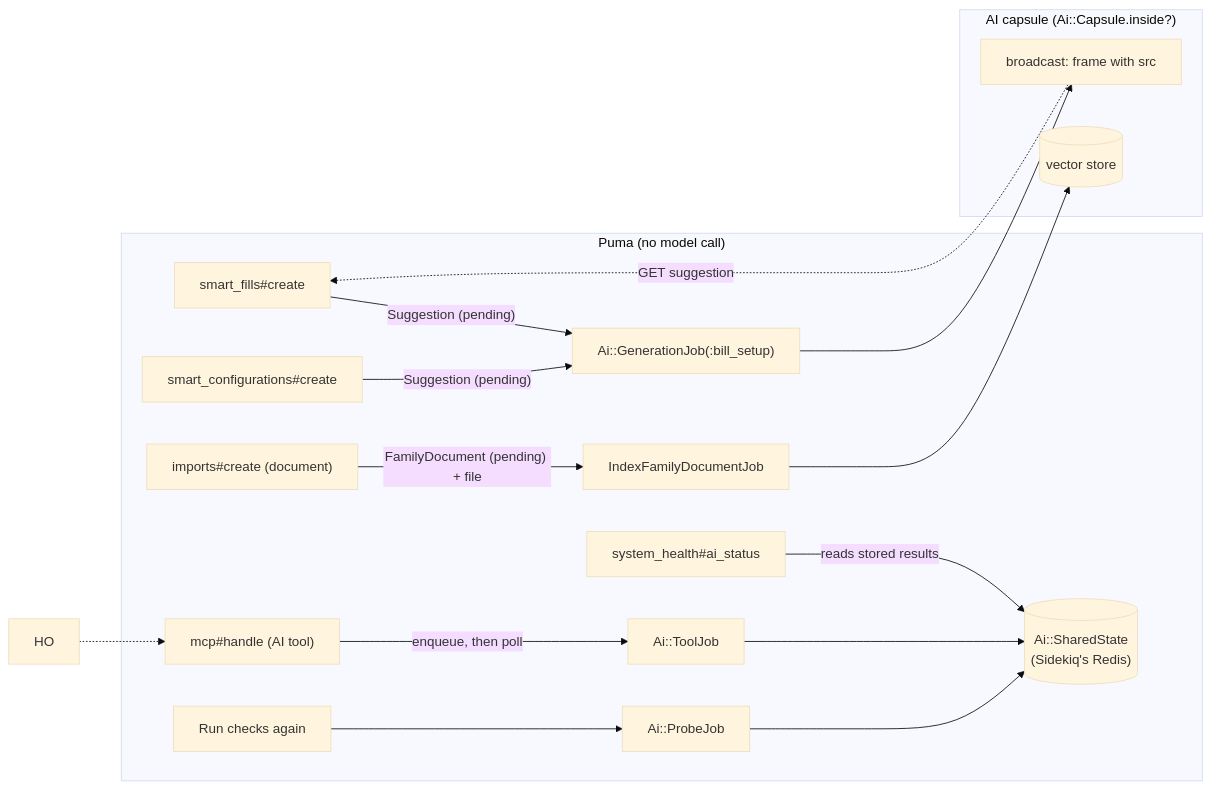
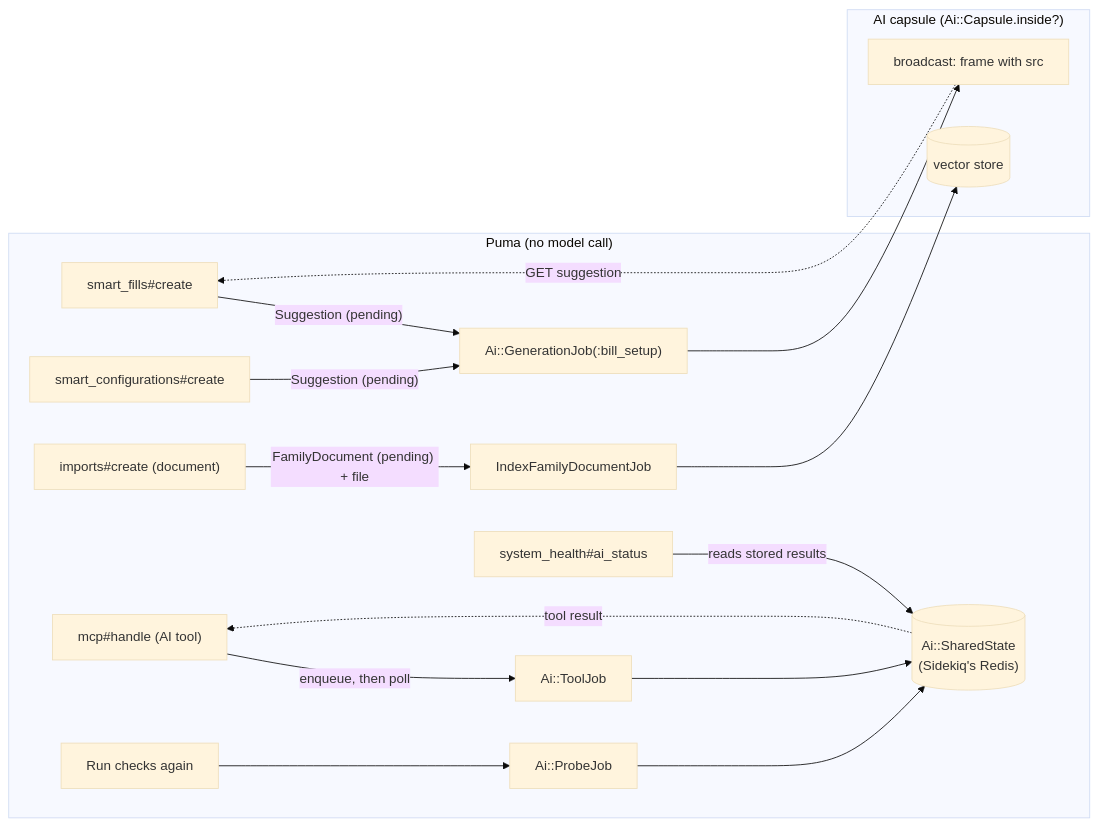
One commit to we-promise/sure changed the first of 2 diagrams in docs/proposals/v0.8/pr-3-off-the-web-thread.md. Above: the diagram before and after it, drawn with Mermaid (base theme). The commit also changed other lines of this file and 2 other files, not shown here.

````diff
--- a/docs/proposals/v0.8/pr-3-off-the-web-thread.md
+++ b/docs/proposals/v0.8/pr-3-off-the-web-thread.md
@@ -147,19 +170,19 @@
 ```mermaid
 flowchart LR
   subgraph Web["Puma (no model call)"]
     SF["smart_fills#create"] -->|"Suggestion (pending)"| GJ
     SC["smart_configurations#create"] -->|"Suggestion (pending)"| GJ
     DU["imports#create (document)"] -->|"FamilyDocument (pending) + file"| IJ
     MCP["mcp#handle (AI tool)"] -->|enqueue, then poll| TJ
     HP["system_health#ai_status"] -->|reads stored results| SS
     RC["Run checks again"] --> PJ
   end
   subgraph AI["AI capsule (Ai::Capsule.inside?)"]
     GJ["Ai::GenerationJob(:bill_setup)"] --> BR["broadcast: frame with src"]
     IJ["IndexFamilyDocumentJob"] --> VS[("vector store")]
     TJ["Ai::ToolJob"] --> SS[("Ai::SharedState<br/>(Sidekiq's Redis)")]
     PJ["Ai::ProbeJob"] --> SS
   end
   BR -.->|GET suggestion| SF
-  HO -.-> MCP
+  SS -.->|tool result| MCP
 ```
````
